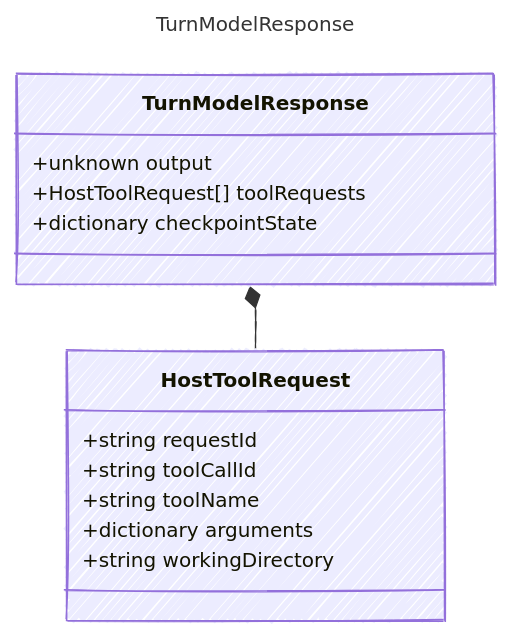
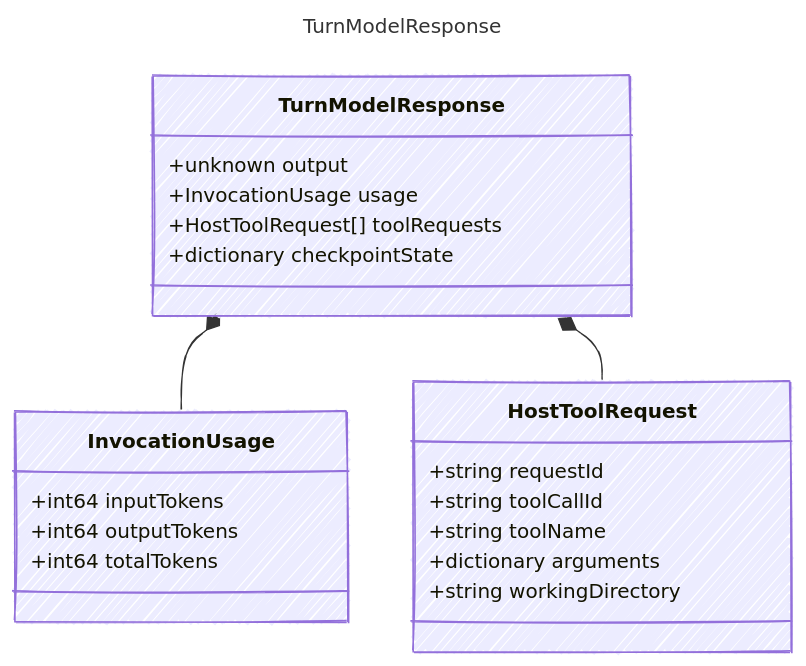
One commit to microsoft/prompty changed the diagram in web/src/content/docs/reference/TurnModelResponse.md. Above: the diagram before and after it, drawn with Mermaid. The commit also changed other lines of this file and 155 other files, not shown here.

First line of the commit message:
feat(schema): add live invocation contracts

````diff
--- a/web/src/content/docs/reference/TurnModelResponse.md
+++ b/web/src/content/docs/reference/TurnModelResponse.md
@@ -12,24 +12,31 @@
 ```mermaid
 ---
 title: TurnModelResponse
 config:
   look: handDrawn
   theme: colorful
   class:
     hideEmptyMembersBox: true
 ---
 classDiagram
     class TurnModelResponse {
         +unknown output
+        +InvocationUsage usage
         +HostToolRequest[] toolRequests
         +dictionary checkpointState
     }
+    class InvocationUsage {
+        +int64 inputTokens
+        +int64 outputTokens
+        +int64 totalTokens
+    }
+    TurnModelResponse *-- InvocationUsage
     class HostToolRequest {
         +string requestId
         +string toolCallId
         +string toolName
         +dictionary arguments
         +string workingDirectory
     }
     TurnModelResponse *-- HostToolRequest
 ```
````
